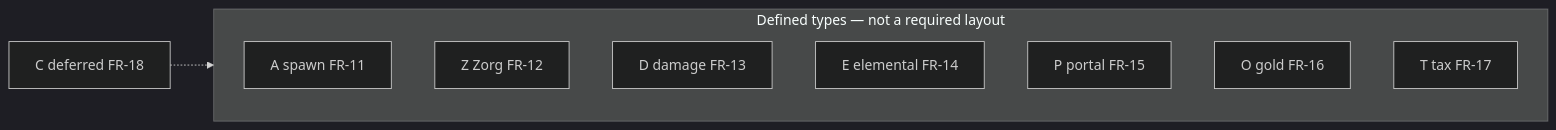
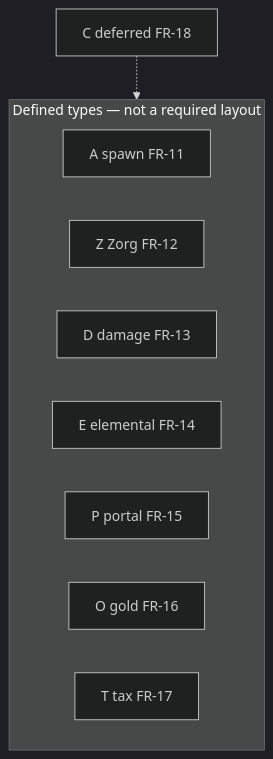
Before and after one commit to artofdream/zorg-dungeon: the third of 5 diagrams in docs/PLAYER_GUIDE.md, drawn with Mermaid (dark theme). The commit also changed 2 other files, not shown here.

Commit message:
fix: render each mermaid diagram with a unique id
mermaid.run() reused one SVG id, so only the first charts painted.
Render diagrams one-by-one and map companion wikilinks to real pages.

````diff
--- a/docs/PLAYER_GUIDE.md
+++ b/docs/PLAYER_GUIDE.md
@@ -67,13 +67,13 @@
 ```mermaid
-flowchart LR
+flowchart TB
+  C["C deferred FR-18"] -.-> defined
   subgraph defined [Defined types — not a required layout]
     A["A spawn FR-11"]
     Z["Z Zorg FR-12"]
     D["D damage FR-13"]
     E["E elemental FR-14"]
     P["P portal FR-15"]
     O["O gold FR-16"]
     T["T tax FR-17"]
   end
-  C["C deferred FR-18"] -.-> defined
 ```
````
